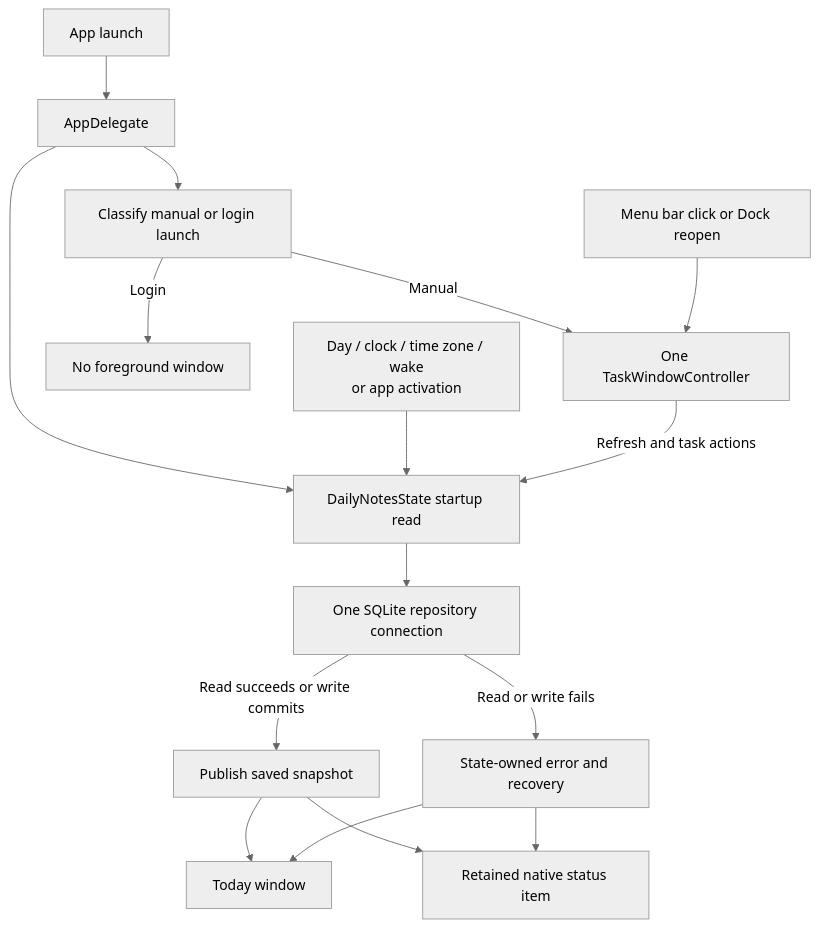
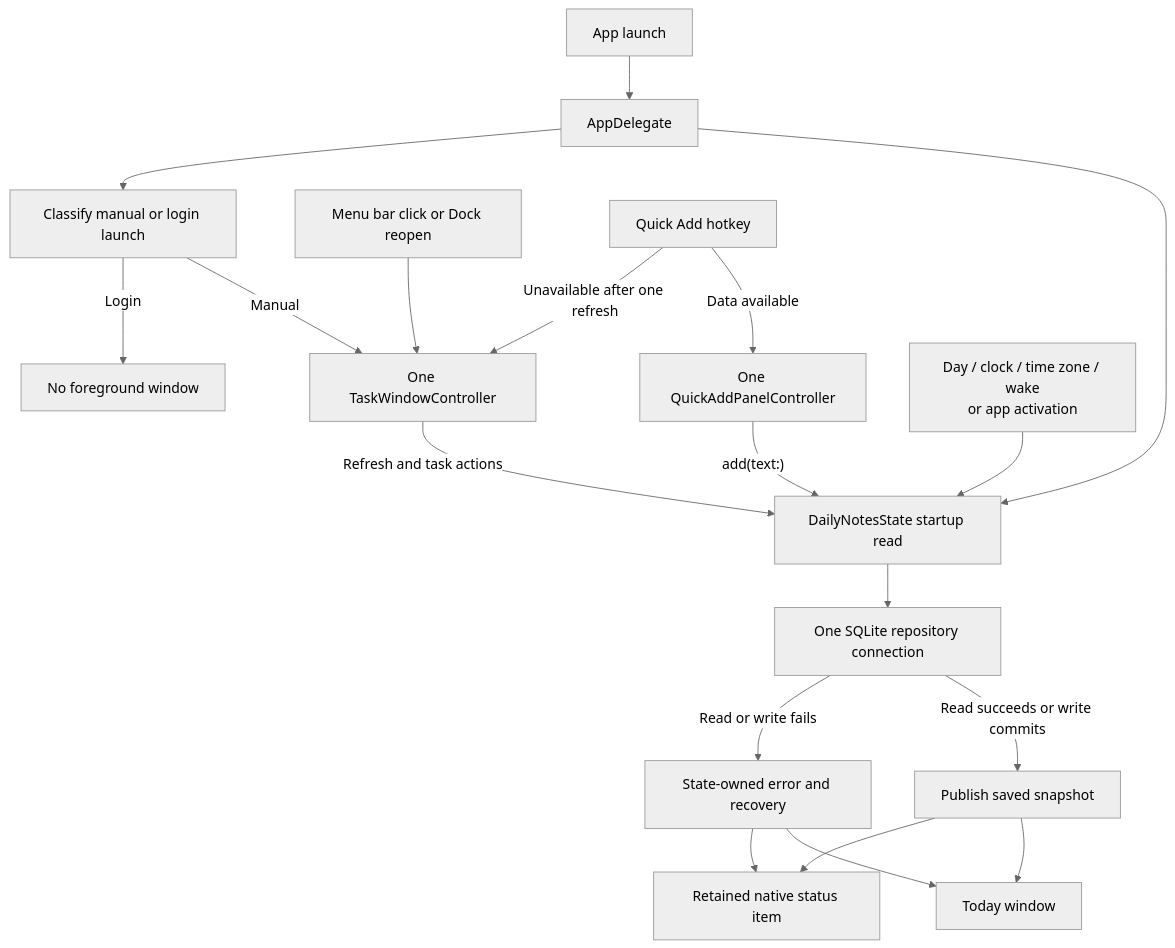
One commit to nstnn/MenuPeek changed the diagram in docs/ARCHITECTURE.md. Above: the diagram before and after it, drawn with Mermaid (neutral theme). The commit also changed other lines of this file and 3 other files, not shown here.

````diff
--- a/docs/ARCHITECTURE.md
+++ b/docs/ARCHITECTURE.md
@@ -17,18 +18,21 @@
 ```mermaid
 flowchart TD
     L["App launch"] --> A["AppDelegate"]
     A --> S["DailyNotesState startup read"]
     A --> C["Classify manual or login launch"]
     C -->|"Manual"| W["One TaskWindowController"]
     C -->|"Login"| Q["No foreground window"]
     M["Menu bar click or Dock reopen"] --> W
+    H["Quick Add hotkey"] -->|"Data available"| K["One QuickAddPanelController"]
+    H -->|"Unavailable after one refresh"| W
+    K -->|"add(text:)"| S
     N["Day / clock / time zone / wake<br/>or app activation"] --> S
     W -->|"Refresh and task actions"| S
     S --> R["One SQLite repository connection"]
     R -->|"Read succeeds or write commits"| P["Publish saved snapshot"]
     R -->|"Read or write fails"| E["State-owned error and recovery"]
     P --> V["Today window"]
     P --> B["Retained native status item"]
     E --> V
     E --> B
 ```
````
